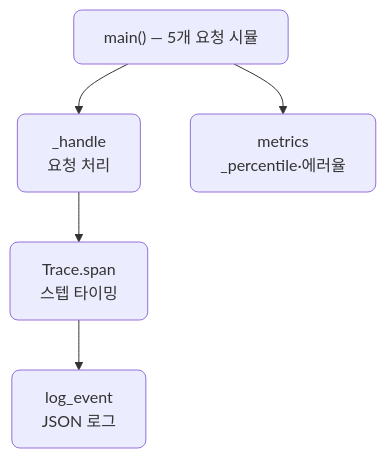
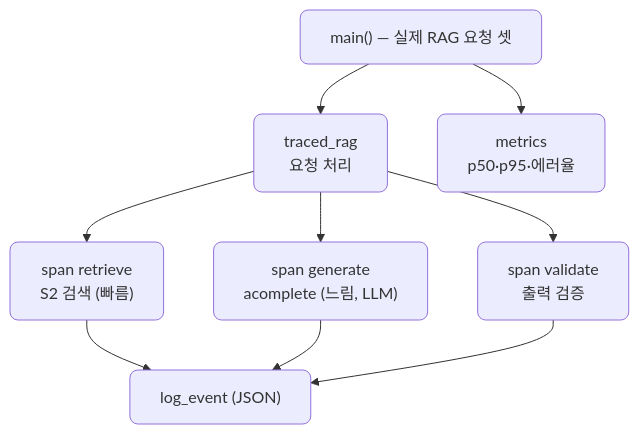
One commit to CodeCompose7/ai_service_engineering changed the third of 3 diagrams in docs/section4/lec07/README.md. Above: the diagram before and after it, drawn with Mermaid. The commit also changed other lines of this file and 1 other file, not shown here.

First line of the commit message:
lec07: 관찰을 실제 RAG 요청에 연결 (가짜 sleep 제거)

````diff
--- a/docs/section4/lec07/README.md
+++ b/docs/section4/lec07/README.md
@@ -45,9 +45,13 @@
 ```mermaid
 flowchart TB
-  MAIN["main() — 5개 요청 시뮬"]
-  MAIN --> H["_handle<br/>요청 처리"]
-  H --> TR["Trace.span<br/>스텝 타이밍"]
-  TR --> LOG["log_event<br/>JSON 로그"]
-  MAIN --> MET["metrics<br/>_percentile·에러율"]
+  MAIN["main() — 실제 RAG 요청 셋"]
+  MAIN --> TR["traced_rag<br/>요청 처리"]
+  TR --> RET["span retrieve<br/>S2 검색 (빠름)"]
+  TR --> GEN["span generate<br/>acomplete (느림, LLM)"]
+  TR --> VAL["span validate<br/>출력 검증"]
+  RET --> LOG["log_event (JSON)"]
+  GEN --> LOG
+  VAL --> LOG
+  MAIN --> MET["metrics<br/>p50·p95·에러율"]
   classDef default rx:8,ry:8;
 ```
````
